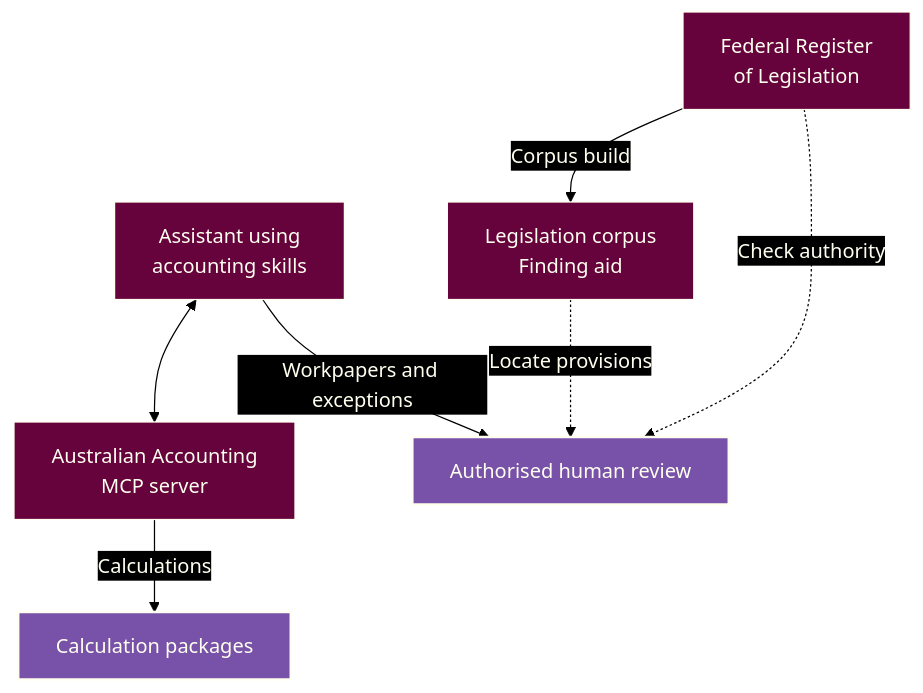
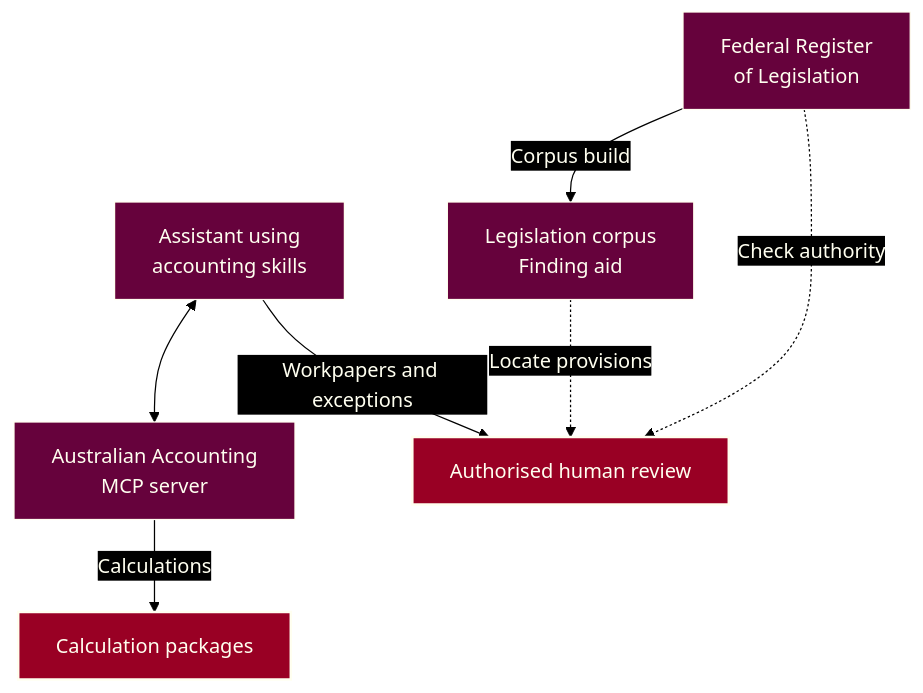
Before and after one commit to ryanduguid/ryanduguid: the diagram in README.md, drawn with Mermaid.

Commit message:
docs: match Mermaid accents to website palette (#63)
Replace #7851A9 with #990024 in Mermaid diagrams.

````diff
--- a/README.md
+++ b/README.md
@@ -46,12 +46,12 @@
 ```mermaid
 flowchart TB
 %%{init: {"theme": "base", "look": "classic", "themeVariables": {"background": "#000000", "primaryColor": "#66023C", "primaryTextColor": "#FFFFF0", "primaryBorderColor": "#FFFFF0", "lineColor": "#000000", "textColor": "#FFFFF0", "edgeLabelBackground": "#000000", "clusterBkg": "#000000", "clusterBorder": "#FFFFF0", "titleColor": "#FFFFF0"}, "themeCSS": ".flowchart-link, .relationshipLine, marker path { filter: drop-shadow(0px 1px 0px #FFFFF0) drop-shadow(0px -1px 0px #FFFFF0) drop-shadow(1px 0px 0px #FFFFF0) drop-shadow(-1px 0px 0px #FFFFF0); }"}}%%
     assistant["Assistant using<br/>accounting skills"] <--> mcp["Australian Accounting<br/>MCP server"]
     mcp -->|Calculations| engines["Calculation packages"]
     assistant -->|Workpapers and exceptions| reviewer["Authorised human review"]
     official["Federal Register<br/>of Legislation"] -->|Corpus build| corpus["Legislation corpus<br/>Finding aid"]
     corpus -. Locate provisions .-> reviewer
     official -. Check authority .-> reviewer
-    style engines fill:#7851A9,stroke:#FFFFF0,stroke-width:2px,color:#FFFFF0
-    style reviewer fill:#7851A9,stroke:#FFFFF0,stroke-width:2px,color:#FFFFF0
+    style engines fill:#990024,stroke:#FFFFF0,stroke-width:2px,color:#FFFFF0
+    style reviewer fill:#990024,stroke:#FFFFF0,stroke-width:2px,color:#FFFFF0
 ```
````
